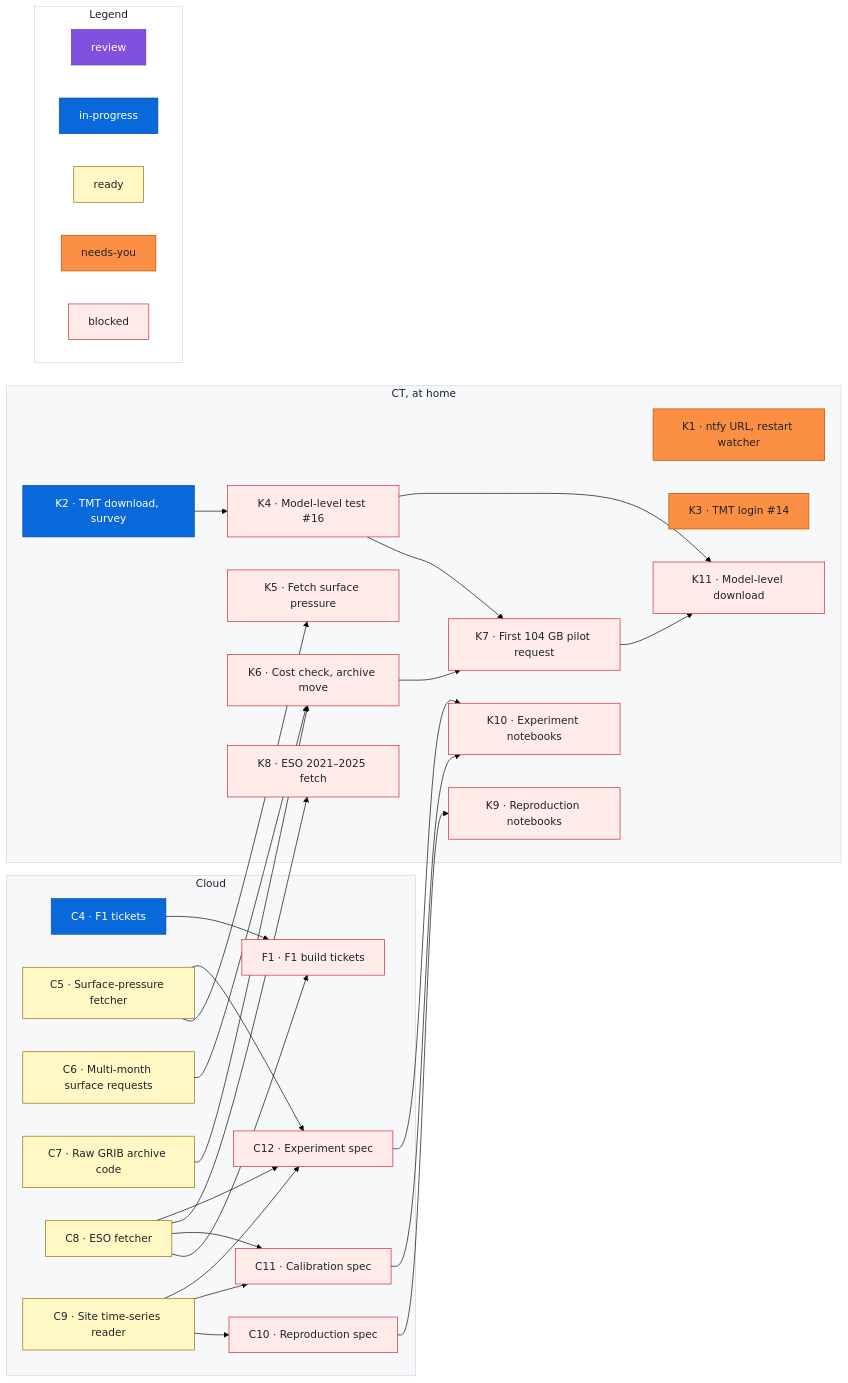
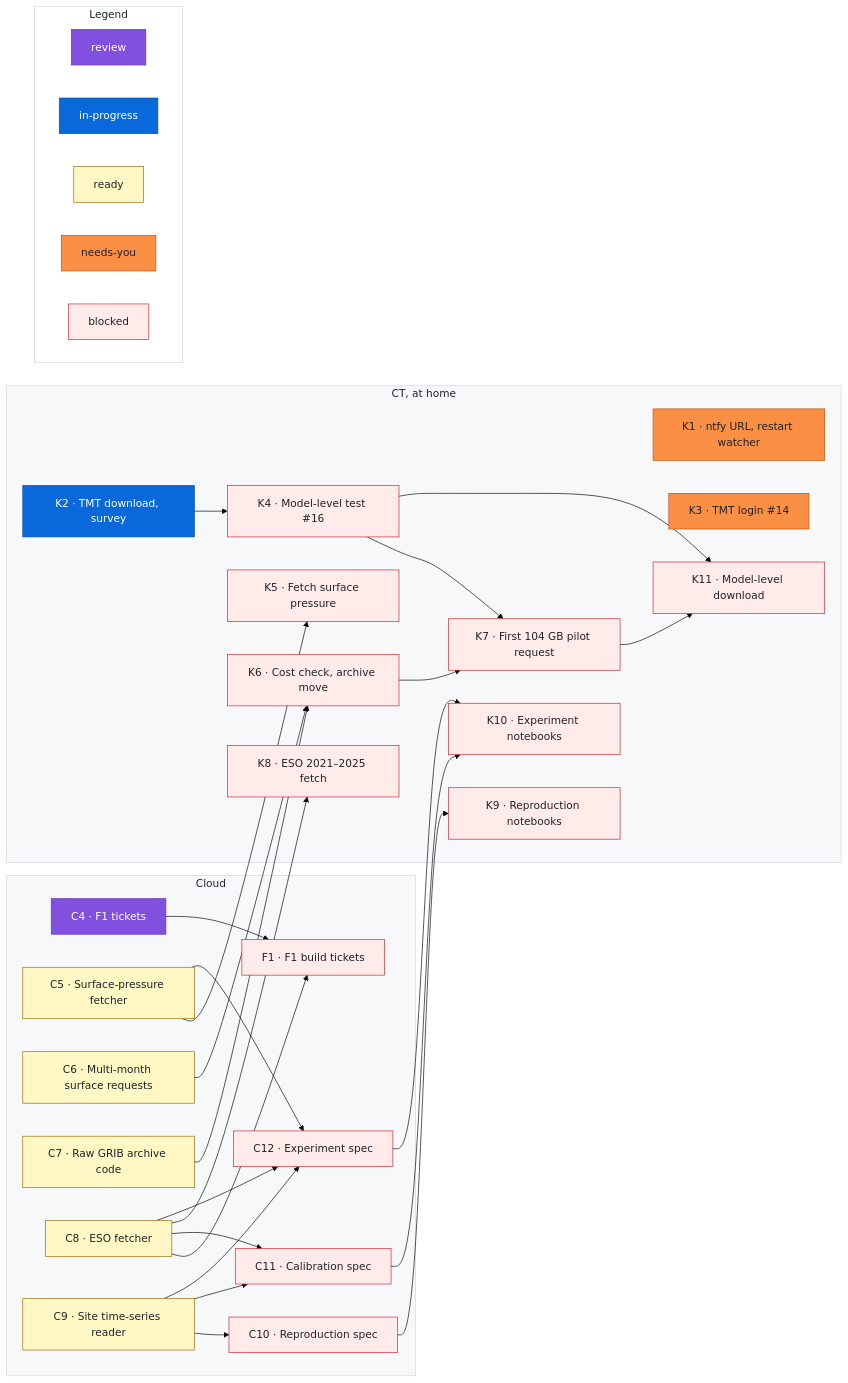
The diagram in docs/roadmap.md (rrweller/Astro-seeing), drawn with Mermaid (forest theme) before and after one commit. The commit also changed other lines of this file, not shown here.

Commit message:
roadmap: C4 in-progress → review

```diff
--- a/docs/roadmap.md
+++ b/docs/roadmap.md
@@ -126,7 +126,7 @@
   classDef needsyou fill:#fb8f44,stroke:#bc4c00,color:#1f2328
   classDef blocked fill:#ffebe9,stroke:#cf222e,color:#1f2328
   %% Status lines: one per item, each followed by a `%% ---` spacer. Sessions change only the last word.
-  class C4 inprogress
+  class C4 review
   %% ---
   class C5 ready
   %% ---
```
